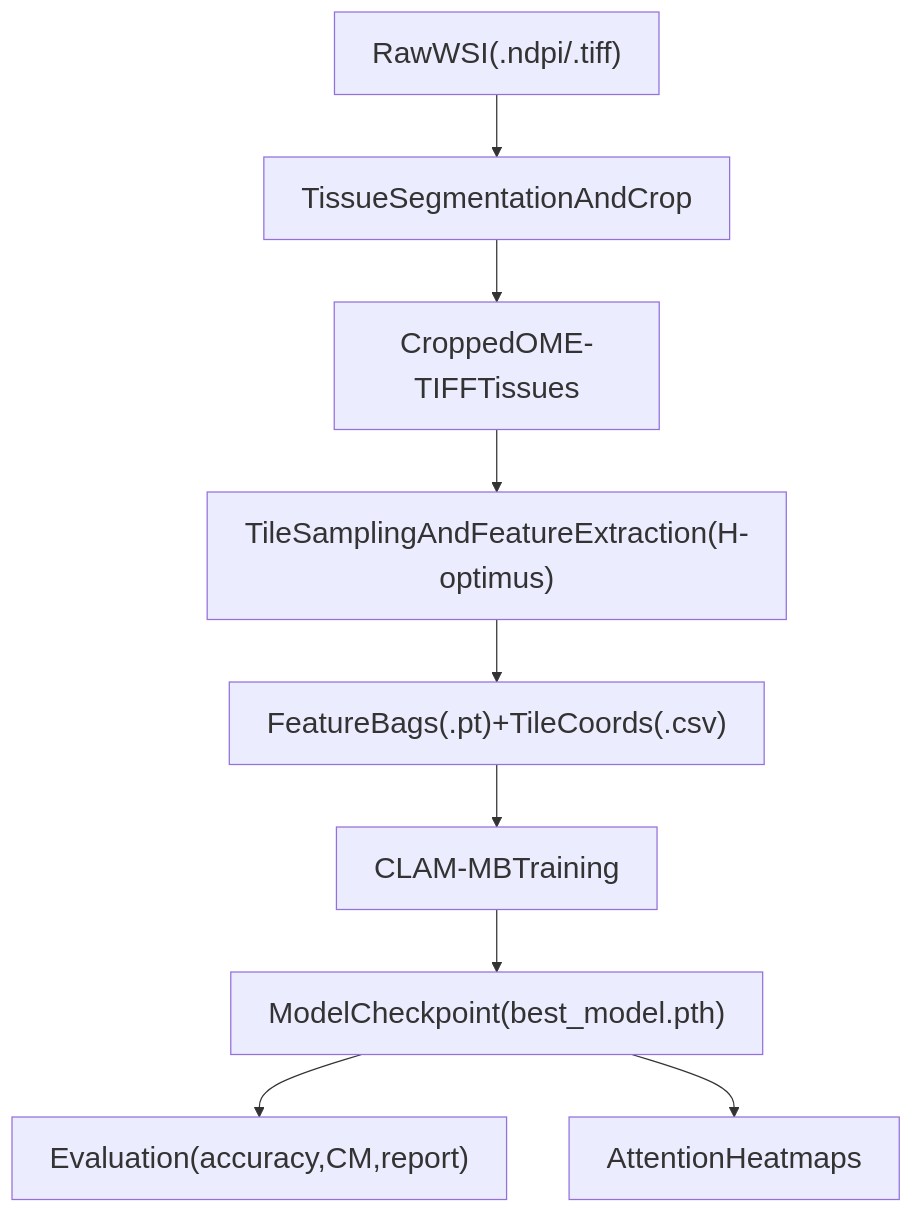
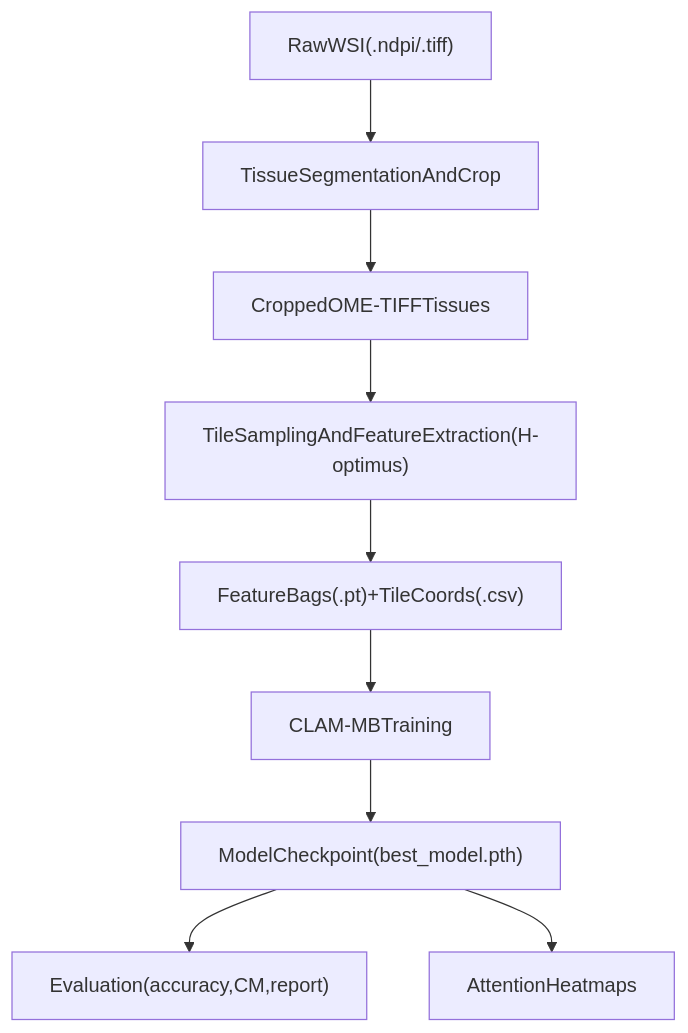
The diagram in README.md (ahmed344/WSI-Classification), drawn with Mermaid before and after one commit. The commit also changed other lines of this file and 4 other files, not shown here.

````diff
--- a/README.md
+++ b/README.md
@@ -19,12 +19,11 @@
 ```mermaid
-%%{init: {'themeVariables': {'fontSize': '24px'}}}%%
 flowchart TB
     rawSlides["RawWSI(.ndpi/.tiff)"] --> segmentation["TissueSegmentationAndCrop"]
     segmentation --> croppedOme["CroppedOME-TIFFTissues"]
     croppedOme --> featureExtraction["TileSamplingAndFeatureExtraction(H-optimus)"]
     featureExtraction --> featureBags["FeatureBags(.pt)+TileCoords(.csv)"]
     featureBags --> clamTraining["CLAM-MBTraining"]
     clamTraining --> checkpoint["ModelCheckpoint(best_model.pth)"]
     checkpoint --> evaluation["Evaluation(accuracy,CM,report)"]
     checkpoint --> attention["AttentionHeatmaps"]
 ```
````
